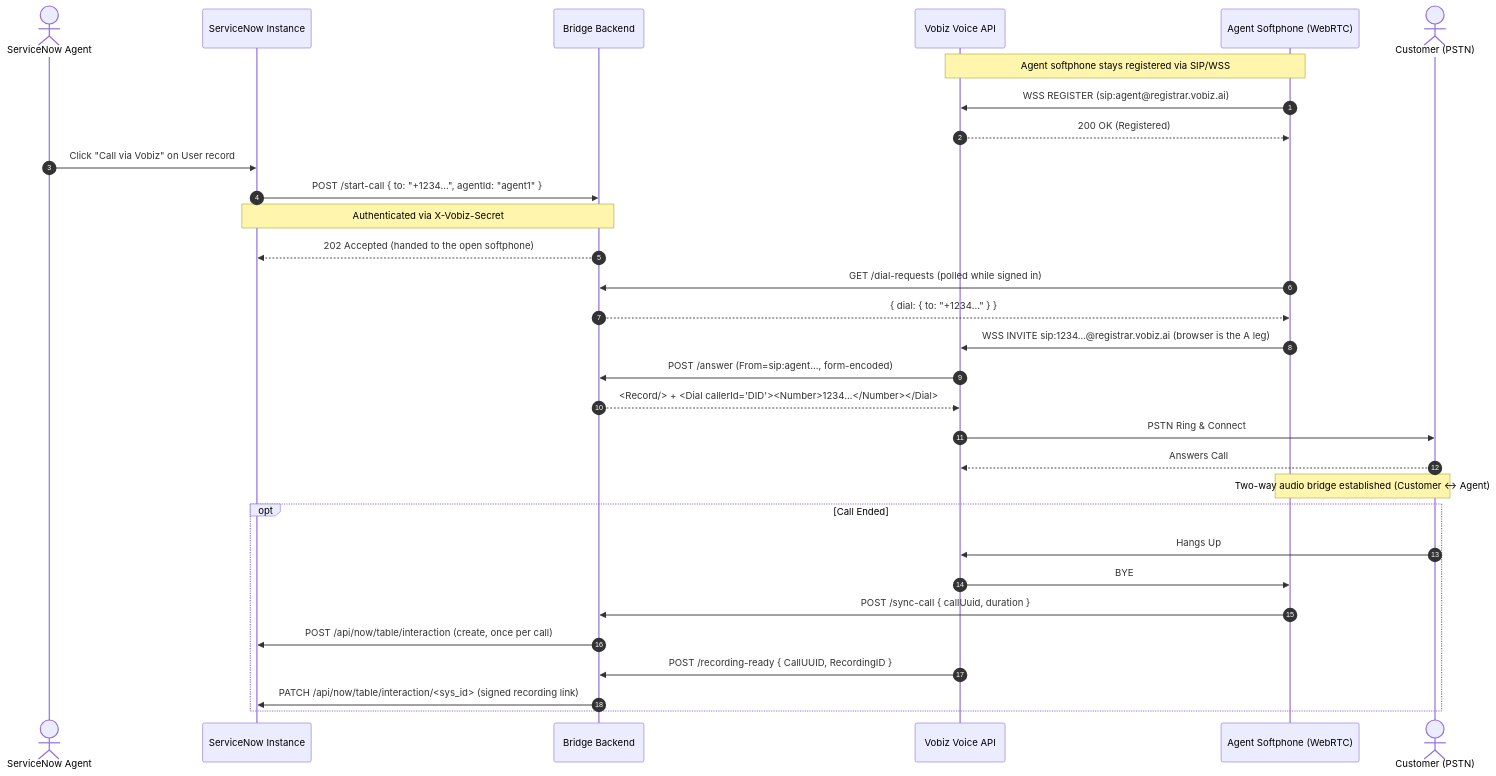
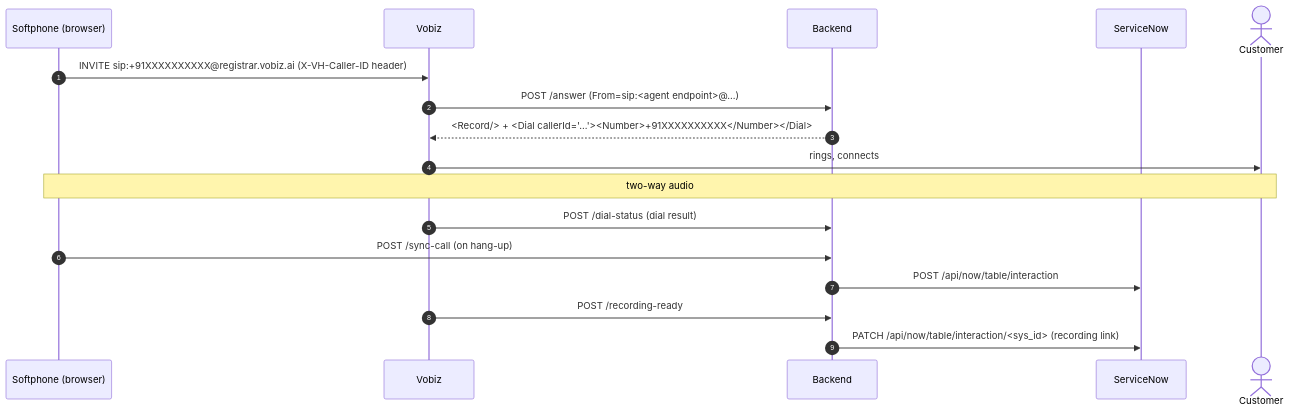
Before and after one commit to vobiz-ai/Vobiz-ServiceNow-Calling: the first of 3 diagrams in docs/ARCHITECTURE.md, drawn with Mermaid. The commit also changed other lines of this file and 7 other files, not shown here.

````diff
--- a/docs/ARCHITECTURE.md
+++ b/docs/ARCHITECTURE.md
@@ -89,40 +21,20 @@
 ```mermaid
 sequenceDiagram
     autonumber
-    actor Agent as ServiceNow Agent
-    participant SN as ServiceNow Instance
-    participant Bridge as Bridge Backend
-    participant Vobiz as Vobiz Voice API
-    participant Softphone as Agent Softphone (WebRTC)
-    actor Customer as Customer (PSTN)
+    participant Softphone as Softphone (browser)
+    participant Vobiz
+    participant Backend
+    participant SN as ServiceNow
+    actor Customer
 
-    Note over Softphone,Vobiz: Agent softphone stays registered via SIP/WSS
-    Softphone->>Vobiz: WSS REGISTER (sip:agent@registrar.vobiz.ai)
-    Vobiz-->>Softphone: 200 OK (Registered)
-
-    Agent->>SN: Click "Call via Vobiz" on User record
-    SN->>Bridge: POST /start-call { to: "+1234...", agentId: "agent1" }
-    Note over SN,Bridge: Authenticated via X-Vobiz-Secret
-    Bridge-->>SN: 202 Accepted (handed to the open softphone)
-
-    Softphone->>Bridge: GET /dial-requests (polled while signed in)
-    Bridge-->>Softphone: { dial: { to: "+1234..." } }
-
-    Softphone->>Vobiz: WSS INVITE sip:1234...@registrar.vobiz.ai (browser is the A leg)
-    Vobiz->>Bridge: POST /answer (From=sip:agent..., form-encoded)
-    Bridge-->>Vobiz: <Record/> + <Dial callerId="DID"><Number>1234...</Number></Dial>
-
-    Vobiz->>Customer: PSTN Ring & Connect
-    Customer-->>Vobiz: Answers Call
-
-    Note over Customer,Softphone: Two-way audio bridge established (Customer <-> Agent)
-
-    opt Call Ended
-        Customer->>Vobiz: Hangs Up
-        Vobiz->>Softphone: BYE
-        Softphone->>Bridge: POST /sync-call { callUuid, duration }
-        Bridge->>SN: POST /api/now/table/interaction (create, once per call)
-        Vobiz->>Bridge: POST /recording-ready { CallUUID, RecordingID }
-        Bridge->>SN: PATCH /api/now/table/interaction/<sys_id> (signed recording link)
-    end
+    Softphone->>Vobiz: INVITE sip:+91XXXXXXXXXX@registrar.vobiz.ai (X-VH-Caller-ID header)
+    Vobiz->>Backend: POST /answer (From=sip:<agent endpoint>@...)
+    Backend-->>Vobiz: <Record/> + <Dial callerId="..."><Number>+91XXXXXXXXXX</Number></Dial>
+    Vobiz->>Customer: rings, connects
+    Note over Softphone,Customer: two-way audio
+    Vobiz->>Backend: POST /dial-status (dial result)
+    Softphone->>Backend: POST /sync-call (on hang-up)
+    Backend->>SN: POST /api/now/table/interaction
+    Vobiz->>Backend: POST /recording-ready
+    Backend->>SN: PATCH /api/now/table/interaction/<sys_id> (recording link)
 ```
````
